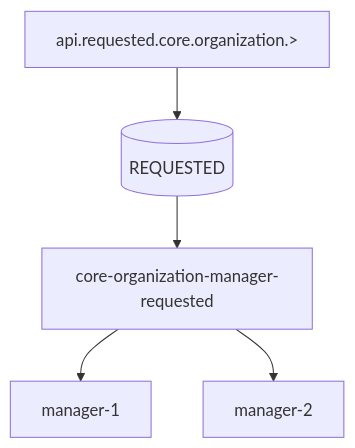
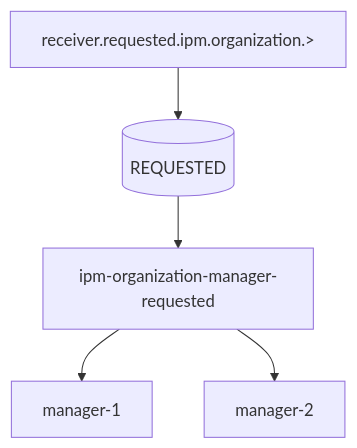
One commit to danielsabatini/smarkee changed the first of 6 diagrams in docs/NATS.md. Above: the diagram before and after it, drawn with Mermaid. The commit also changed other lines of this file and 17 other files, not shown here.

````diff
--- a/docs/NATS.md
+++ b/docs/NATS.md
@@ -392,7 +400,7 @@
 ```mermaid
 graph TD
-    A[api.requested.core.organization.>] --> B[(REQUESTED)]
-    B --> C[core-organization-manager-requested]
+    A[receiver.requested.ipm.organization.>] --> B[(REQUESTED)]
+    B --> C[ipm-organization-manager-requested]
     C --> D[manager-1]
     C --> E[manager-2]
 ```
````
